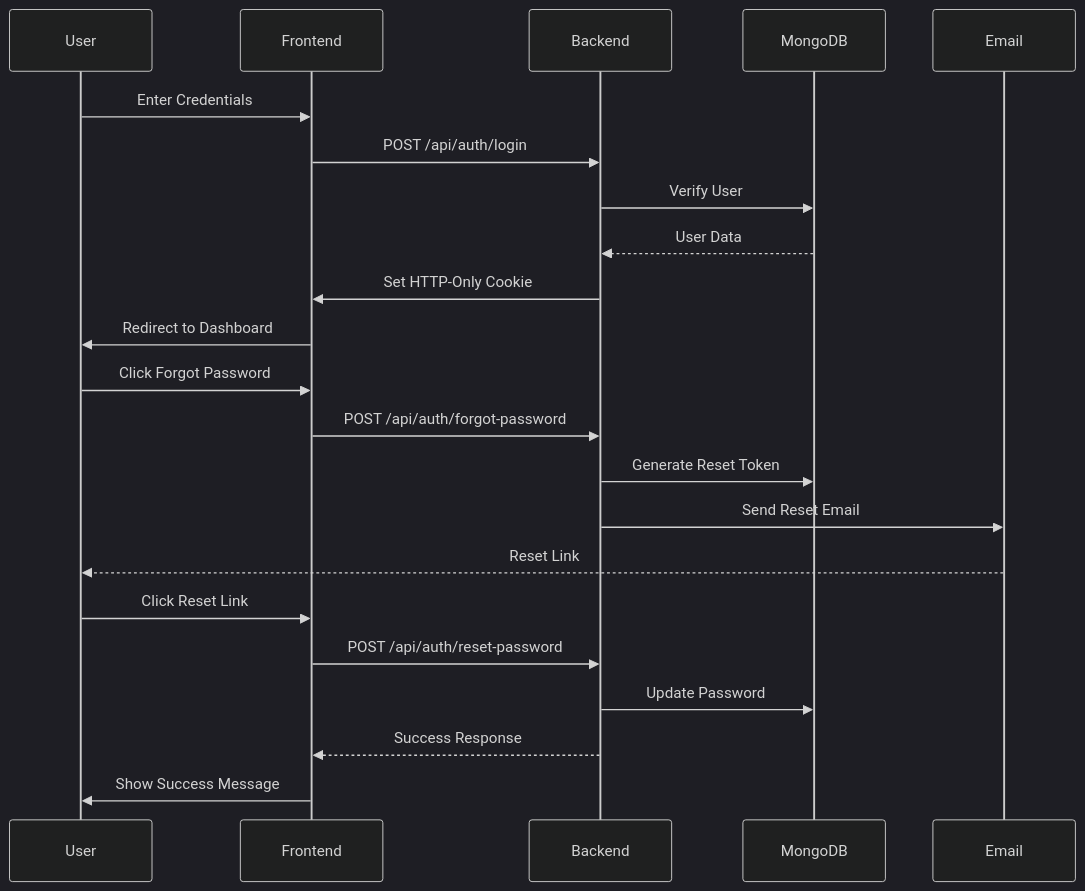
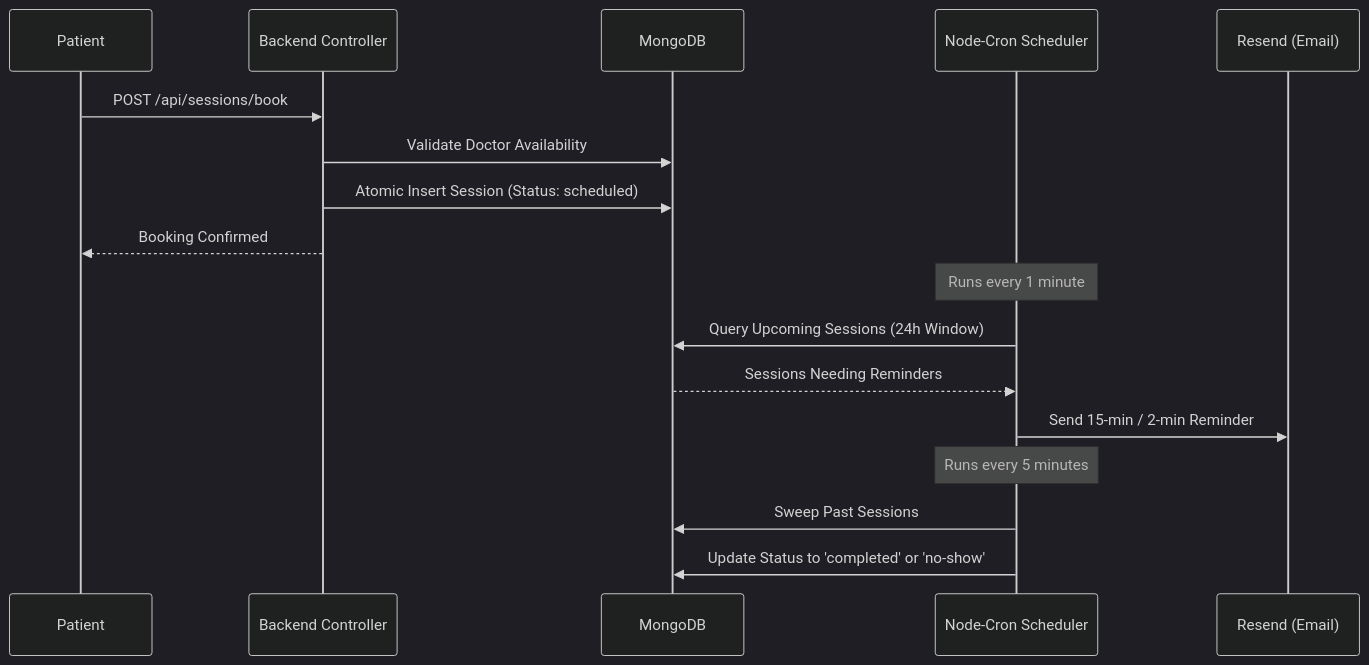
The fourth of 4 diagrams in README.md (Veraawell-development/Veraawell), drawn with Mermaid (dark theme) before and after one commit. The commit also changed other lines of this file and 184 other files, not shown here.

Commit message:
chore: backend optimizations, cleanup, and email update and major chnages in both server and frontend

````diff
--- a/README.md
+++ b/README.md
@@ -37,28 +139,22 @@
 ```mermaid
 sequenceDiagram
-    participant U as User
-    participant F as Frontend
-    participant B as Backend
+    participant U as Patient
+    participant API as Backend Controller
     participant DB as MongoDB
-    participant E as Email
+    participant Cron as Node-Cron Scheduler
+    participant E as Resend (Email)
 
-    %% Regular Auth Flow
-    U->>F: Enter Credentials
-    F->>B: POST /api/auth/login
-    B->>DB: Verify User
-    DB-->>B: User Data
-    B->>F: Set HTTP-Only Cookie
-    F->>U: Redirect to Dashboard
+    U->>API: POST /api/sessions/book
+    API->>DB: Validate Doctor Availability
+    API->>DB: Atomic Insert Session (Status: scheduled)
+    API-->>U: Booking Confirmed
 
-    %% Password Reset Flow
-    U->>F: Click Forgot Password
-    F->>B: POST /api/auth/forgot-password
-    B->>DB: Generate Reset Token
-    B->>E: Send Reset Email
-    E-->>U: Reset Link
-    U->>F: Click Reset Link
-    F->>B: POST /api/auth/reset-password
-    B->>DB: Update Password
-    B-->>F: Success Response
-    F->>U: Show Success Message
+    Note over Cron: Runs every 1 minute
+    Cron->>DB: Query Upcoming Sessions (24h Window)
+    DB-->>Cron: Sessions Needing Reminders
+    Cron->>E: Send 15-min / 2-min Reminder
+    
+    Note over Cron: Runs every 5 minutes
+    Cron->>DB: Sweep Past Sessions
+    Cron->>DB: Update Status to 'completed' or 'no-show'
 ```
````
